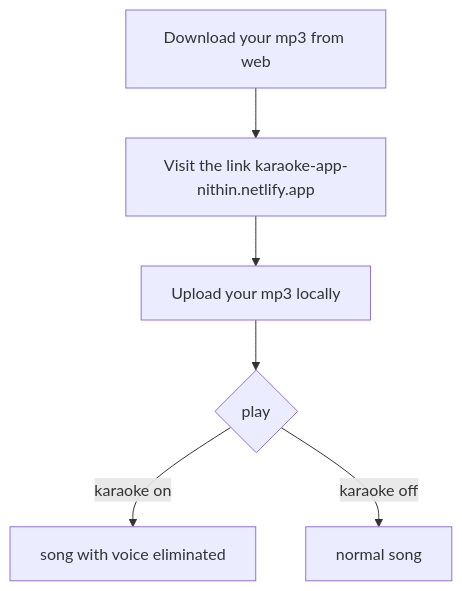
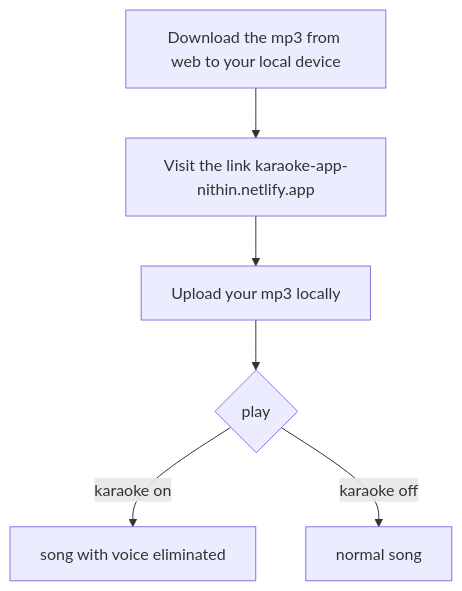
One commit to Nithin1506200/readme changed the diagram in Karaoke/karaoke.md. Above: the diagram before and after it, drawn with Mermaid. The commit also changed other lines of this file, not shown here.

````diff
--- a/Karaoke/karaoke.md
+++ b/Karaoke/karaoke.md
@@ -6,6 +6,6 @@
  ```mermaid
  graph TD
-A[Download your mp3 from web]-->B[Visit the link karaoke-app-nithin.netlify.app]-->C[Upload your mp3 locally]-->D{play}
+A[Download the mp3 from web to your local device]-->B[Visit the link karaoke-app-nithin.netlify.app]-->C[Upload your mp3 locally]-->D{play}
 D-->|karaoke on| e[song with voice eliminated]
 D-->|karaoke off| f[normal song]
  ```
````
